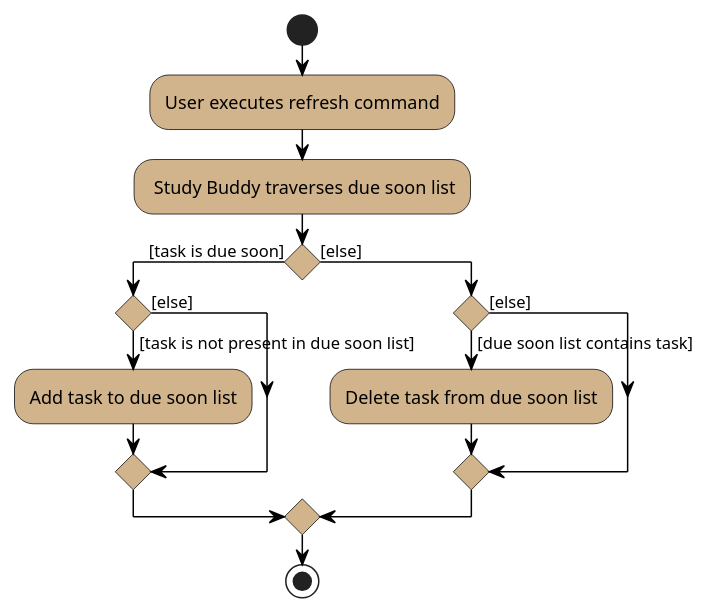
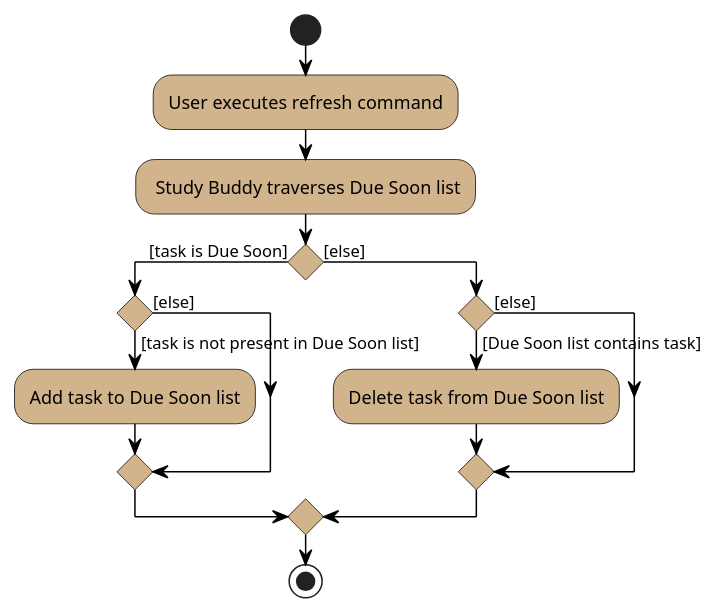
The diagram in docs/diagrams/DueSoonActivityDiagram.puml (wyt-sonia/main), drawn with PlantUML before and after one commit. The commit also changed 36 other files, not shown here.

First line of the commit message:
refactor tasks status:   - pending -> Pending   - due soon -> Due Soon   - overdue -> Overdue   - finished -> Finished

```diff
--- a/docs/diagrams/DueSoonActivityDiagram.puml
+++ b/docs/diagrams/DueSoonActivityDiagram.puml
@@ -1,28 +1,28 @@
 @startuml
 start
 
 skinparam ActivityBackgroundColor #tan
 skinparam ActivityBorderColor #black
 skinparam activityDiamondBorderColor #black
 skinparam activityDiamondBackgroundColor #tan
 skinparam arrowColor #black
 
 :User executes refresh command;
 
 'Since the beta syntax does not support placing the condition outside the
 'diamond we place it as the true branch instead.
-: Study Buddy traverses due soon list;
+: Study Buddy traverses Due Soon list;
 
-if () then ([task is due soon])
-    if () then ([task is not present in due soon list])
-        :Add task to due soon list;
+if () then ([task is Due Soon])
+    if () then ([task is not present in Due Soon list])
+        :Add task to Due Soon list;
     else ([else])
     endif
 else ([else])
-    if () then ([due soon list contains task])
-        :Delete task from due soon list;
+    if () then ([Due Soon list contains task])
+        :Delete task from Due Soon list;
     else ([else])
     endif;
 endif;
 stop
 @enduml
```
